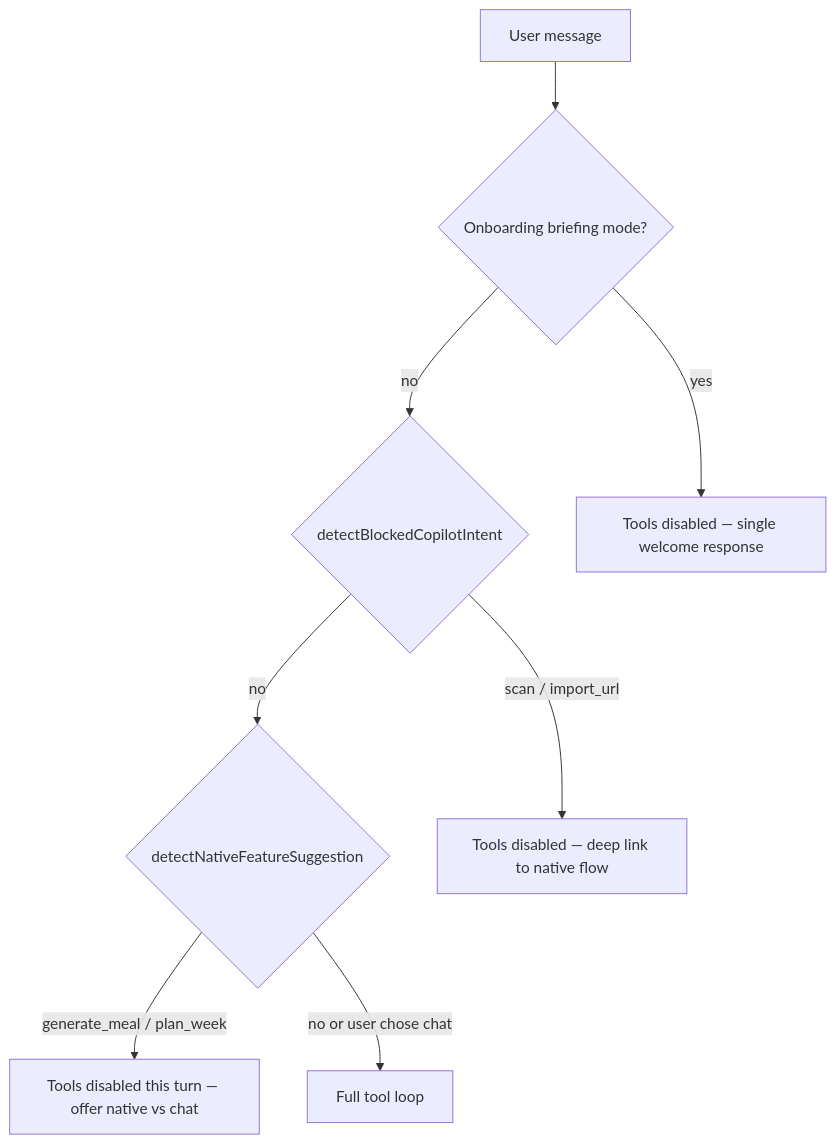
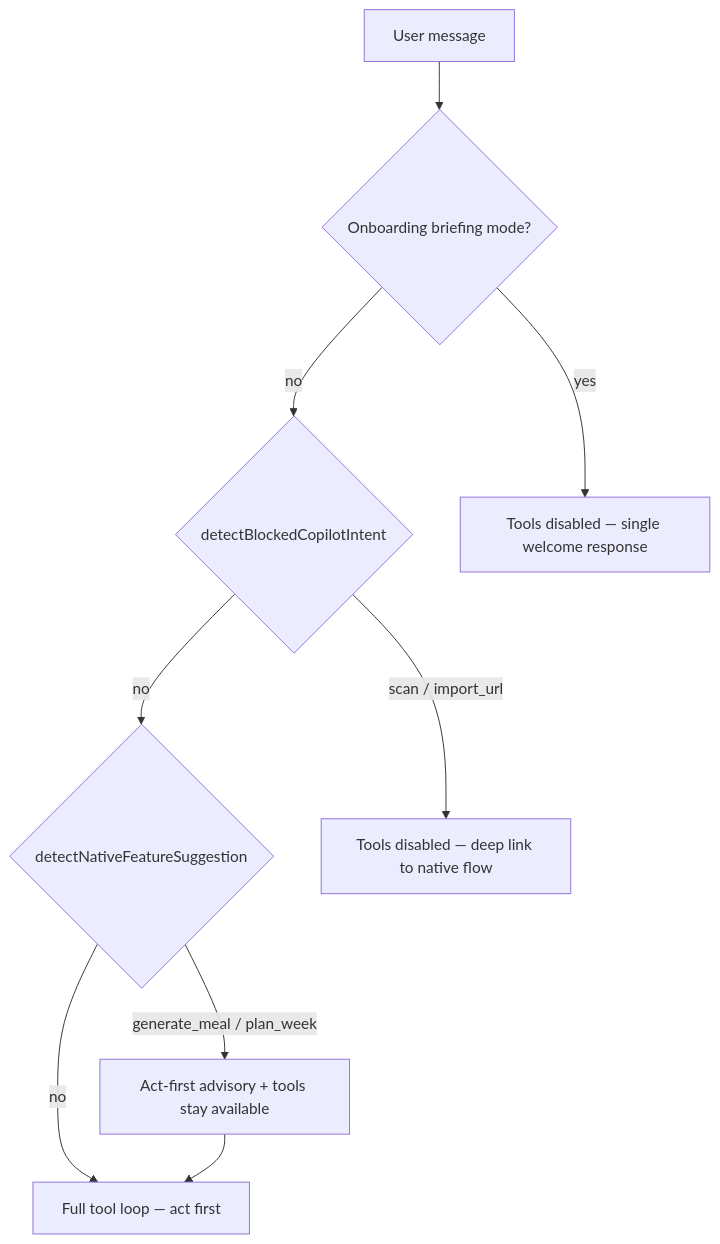
One commit to bjamesdowning/ration-mirror changed diagram 24 of 24 in README.md. Above: the diagram before and after it, drawn with Mermaid. The commit also changed other lines of this file and 26 other files, not shown here.

````diff
--- a/README.md
+++ b/README.md
@@ -2312,16 +2315,17 @@
 ```mermaid
 flowchart TD
     UserMsg["User message"]
     Onboarding{"Onboarding briefing mode?"}
     Blocked{"detectBlockedCopilotIntent"}
     Native{"detectNativeFeatureSuggestion"}
-    Tools["Full tool loop"]
+    Tools["Full tool loop — act first"]
 
     UserMsg --> Onboarding
     Onboarding -->|yes| Briefing["Tools disabled — single welcome response"]
     Onboarding -->|no| Blocked
     Blocked -->|scan / import_url| Block["Tools disabled — deep link to native flow"]
     Blocked -->|no| Native
-    Native -->|generate_meal / plan_week| Hint["Tools disabled this turn — offer native vs chat"]
-    Native -->|no or user chose chat| Tools
+    Native -->|generate_meal / plan_week| Hint["Act-first advisory + tools stay available"]
+    Native -->|no| Tools
+    Hint --> Tools
 ```
````
